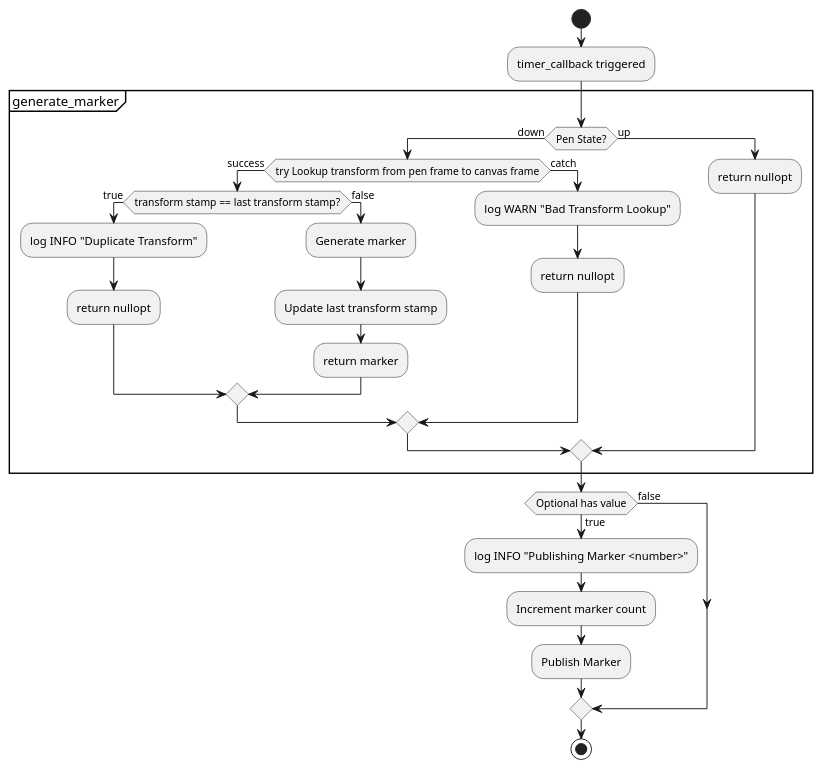
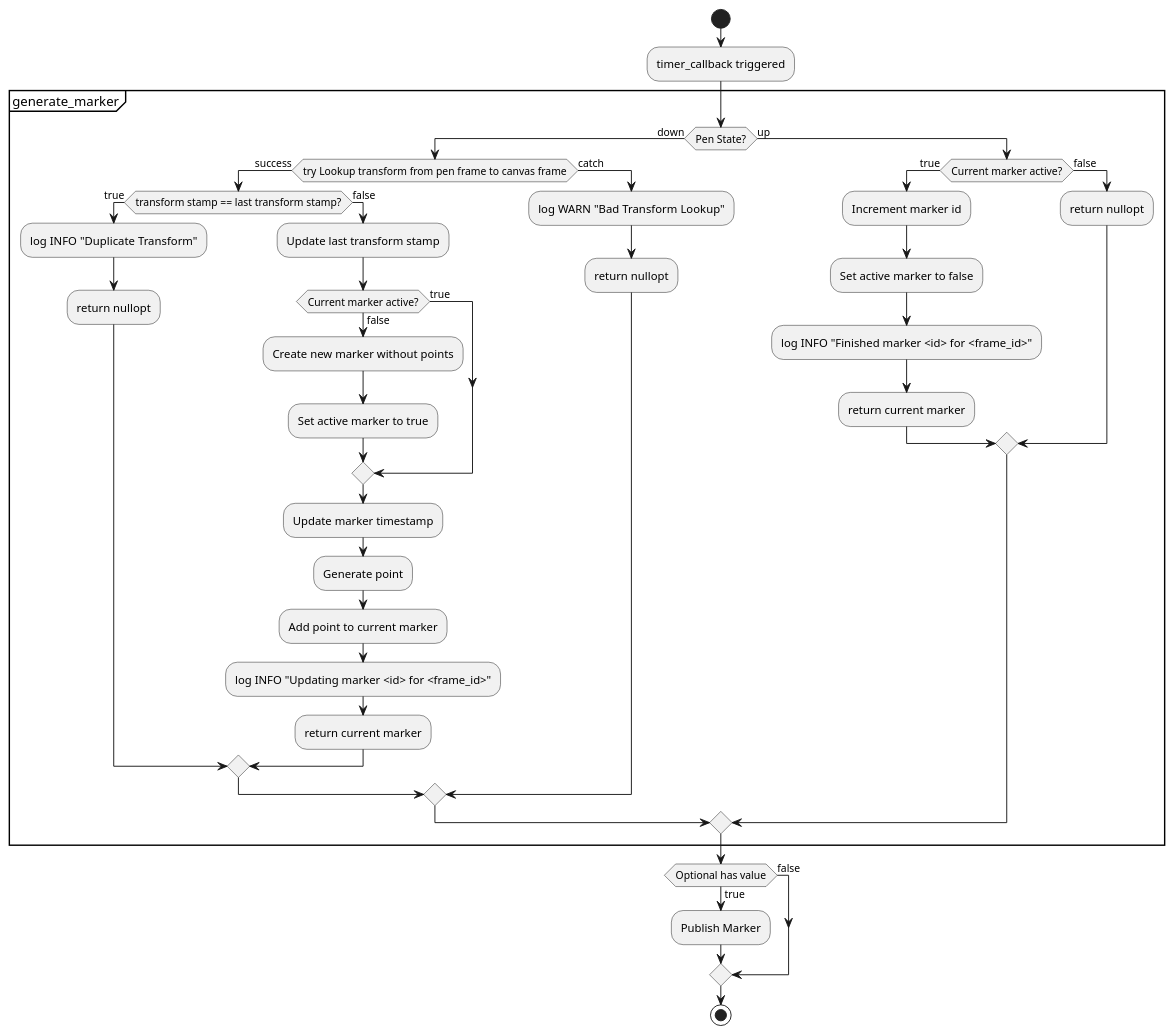
Before and after one commit to zbrotherton/RRC-RAI-ROS2: the second of 2 diagrams in docs/puml/pen_visualizer.puml, drawn with PlantUML. The commit also changed 3 other files, not shown here.

```diff
--- a/docs/puml/pen_visualizer.puml
+++ b/docs/puml/pen_visualizer.puml
@@ -36,30 +36,43 @@
 @startuml PenVisualizerActivity
 start
 :timer_callback triggered;
 partition "generate_marker" {
     if (Pen State?) then (down)
         if (try Lookup transform from pen frame to canvas frame) then (success)
             if (transform stamp == last transform stamp?) then (true)
                 :log INFO "Duplicate Transform";
                 :return nullopt;
             else(false)
-                :Generate marker;
                 :Update last transform stamp;
-                :return marker;
+                if(Current marker active?) then (true)
+                else (false)
+                    :Create new marker without points;
+                    :Set active marker to true;
+                endif
+                :Update marker timestamp;
+                :Generate point;
+                :Add point to current marker;
+                :log INFO "Updating marker <id> for <frame_id>";
+                :return current marker;
             endif
         else (catch)
             :log WARN "Bad Transform Lookup";
             :return nullopt;
         endif
         else (up)
-            :return nullopt;
+            if(Current marker active?) then (true)
+                :Increment marker id;
+                :Set active marker to false;
+                :log INFO "Finished marker <id> for <frame_id>";
+                :return current marker;
+            else (false)
+                :return nullopt;
+            endif
         endif
     }
     if (Optional has value) then (true)
-        :log INFO "Publishing Marker <number>";
-        :Increment marker count;
         :Publish Marker;
     else (false)
     endif
 stop
 @enduml
```
